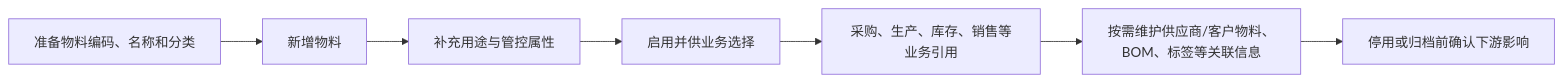
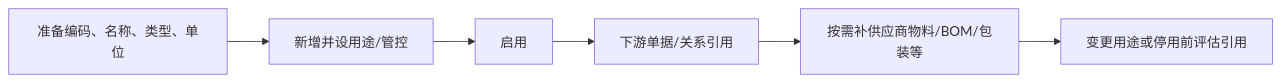
The first of 2 diagrams in docs/04-DBC-主数据管理/01-物料管理/01-物料基本信息.md (jiargcn/MomProductDocument), drawn with Mermaid before and after one commit. The commit also changed other lines of this file and 9 other files, not shown here.

````diff
--- a/docs/04-DBC-主数据管理/01-物料管理/01-物料基本信息.md
+++ b/docs/04-DBC-主数据管理/01-物料管理/01-物料基本信息.md
@@ -34,9 +33,8 @@
 ```mermaid
 flowchart LR
-    A["准备物料编码、名称和分类"] --> B["新增物料"]
-    B --> C["补充用途与管控属性"]
-    C --> D["启用并供业务选择"]
-    D --> E["采购、生产、库存、销售等业务引用"]
-    E --> F["按需维护供应商/客户物料、BOM、标签等关联信息"]
-    F --> G["停用或归档前确认下游影响"]
+    A["准备编码、名称、类型、单位"] --> B["新增并设用途/管控"]
+    B --> C["启用"]
+    C --> D["下游单据/关系引用"]
+    D --> E["按需补供应商物料/BOM/包装等"]
+    E --> F["变更用途或停用前评估引用"]
 ```
````
